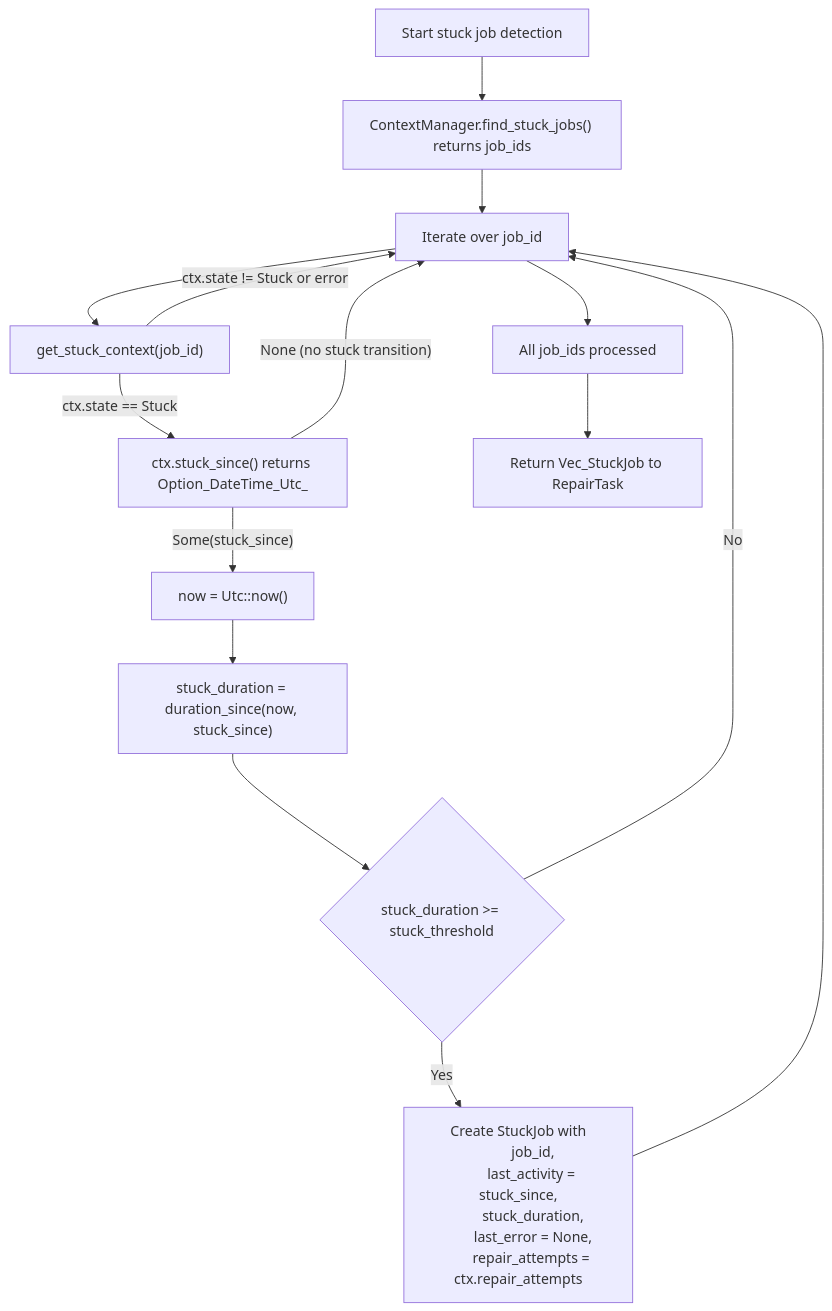
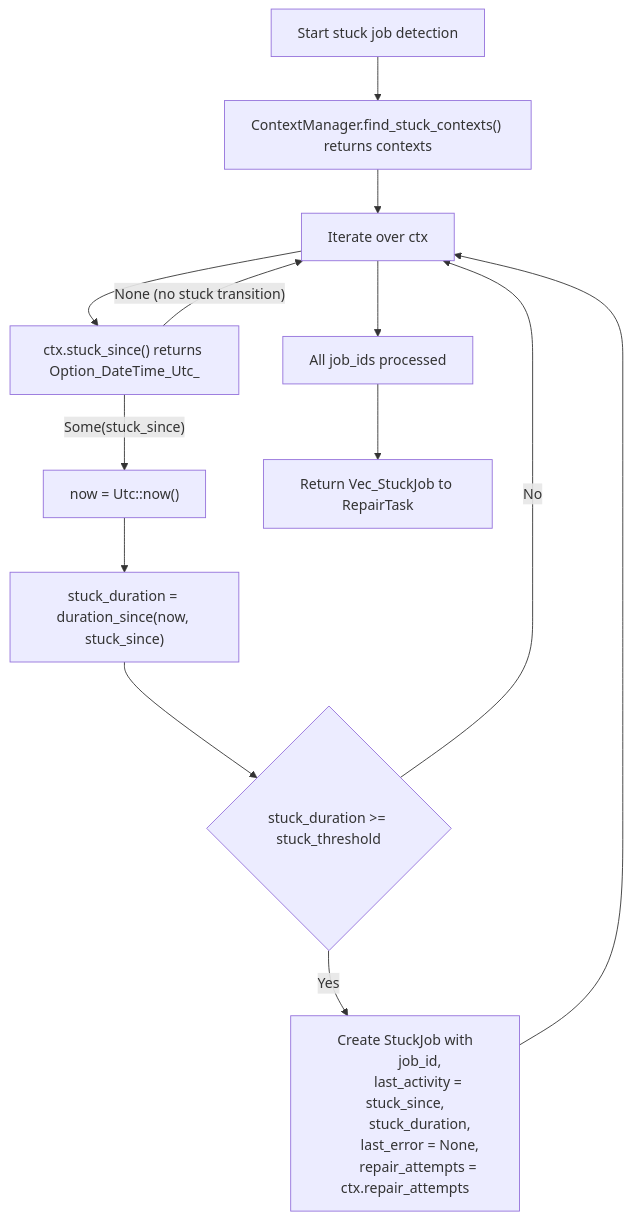
Before and after one commit to leynos/axinite: the second of 2 diagrams in docs/jobs-and-routines.md, drawn with Mermaid. The commit also changed 5 other files, not shown here.

````diff
--- a/docs/jobs-and-routines.md
+++ b/docs/jobs-and-routines.md
@@ -206,26 +206,23 @@
 ```mermaid
 flowchart TD
-    A["Start stuck job detection"] --> B["ContextManager.find_stuck_jobs() returns job_ids"]
-    B --> C["Iterate over job_id"]
+    A["Start stuck job detection"] --> B["ContextManager.find_stuck_contexts() returns contexts"]
+    B --> C["Iterate over ctx"]
 
-    C --> D["get_stuck_context(job_id)"]
-    D -->|"ctx.state != Stuck or error"| C
-    D -->|"ctx.state == Stuck"| E["ctx.stuck_since() returns Option_DateTime_Utc_"]
+    C --> D["ctx.stuck_since() returns Option_DateTime_Utc_"]
+    D -->|"None (no stuck transition)"| C
+    D -->|"Some(stuck_since)"| E["now = Utc::now()"]
+    E --> F["stuck_duration = duration_since(now, stuck_since)"]
 
-    E -->|"None (no stuck transition)"| C
-    E -->|"Some(stuck_since)"| F["now = Utc::now()"]
-    F --> G["stuck_duration = duration_since(now, stuck_since)"]
-
-    G --> H{"stuck_duration >= stuck_threshold"}
-    H -->|"No"| C
-    H -->|"Yes"| I["Create StuckJob with
+    F --> G{"stuck_duration >= stuck_threshold"}
+    G -->|"No"| C
+    G -->|"Yes"| H["Create StuckJob with
         job_id,
         last_activity = stuck_since,
         stuck_duration,
         last_error = None,
         repair_attempts = ctx.repair_attempts"]
 
-    I --> C
+    H --> C
     C --> J["All job_ids processed"]
     J --> K["Return Vec_StuckJob to RepairTask"]
 ```
````
